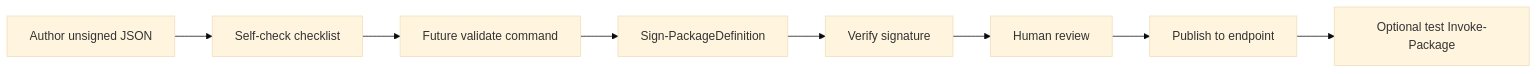
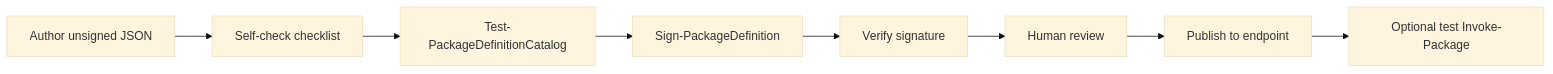
The diagram in src/wrk/Eigenverft.Manifested.Package/TODO-CATALOG-AGENT.md (eigenverft/Eigenverft.Manifested.Package), drawn with Mermaid (base theme) before and after one commit. The commit also changed other lines of this file and 4 other files, not shown here.

````diff
--- a/src/wrk/Eigenverft.Manifested.Package/TODO-CATALOG-AGENT.md
+++ b/src/wrk/Eigenverft.Manifested.Package/TODO-CATALOG-AGENT.md
@@ -297,18 +299,18 @@
 ```mermaid
 flowchart LR
   draft[Author unsigned JSON]
   selfcheck[Self-check checklist]
-  validateFuture[Future validate command]
+  validate[Test-PackageDefinitionCatalog]
   sign[Sign-PackageDefinition]
   verify[Verify signature]
   human[Human review]
   publish[Publish to endpoint]
   optional[Optional test Invoke-Package]
   draft --> selfcheck
-  selfcheck --> validateFuture
-  validateFuture --> sign
+  selfcheck --> validate
+  validate --> sign
   sign --> verify
   verify --> human
   human --> publish
   publish --> optional
 ```
````
